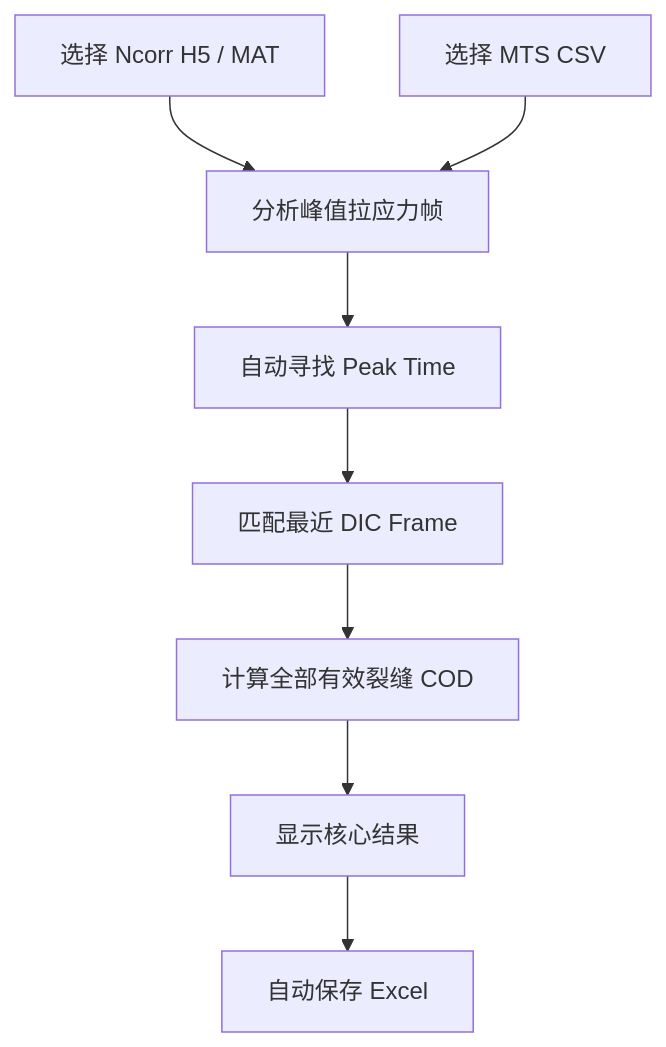
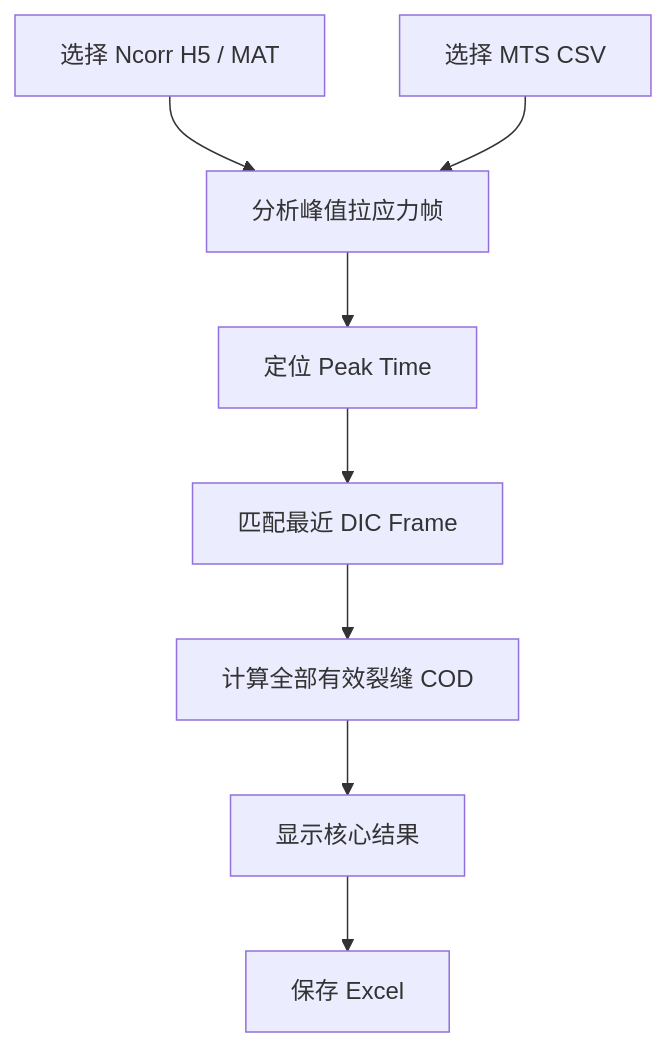
Before and after one commit to liqinglq666/CrackVision-DIC: the fifth of 6 diagrams in README.md, drawn with Mermaid. The commit also changed other lines of this file, not shown here.

````diff
--- a/README.md
+++ b/README.md
@@ -675,10 +673,10 @@
 ```mermaid
 flowchart TD
     A[选择 Ncorr H5 / MAT] --> C[分析峰值拉应力帧]
     B[选择 MTS CSV] --> C
-    C --> D[自动寻找 Peak Time]
+    C --> D[定位 Peak Time]
     D --> E[匹配最近 DIC Frame]
     E --> F[计算全部有效裂缝 COD]
     F --> G[显示核心结果]
-    G --> H[自动保存 Excel]
+    G --> H[保存 Excel]
 ```
````
